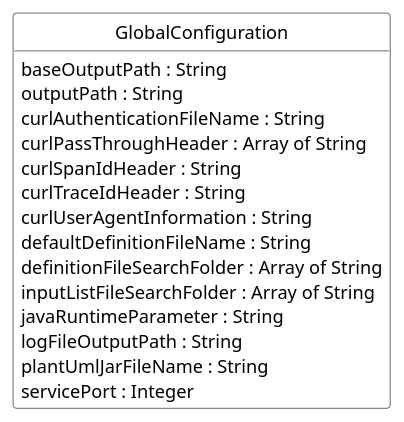
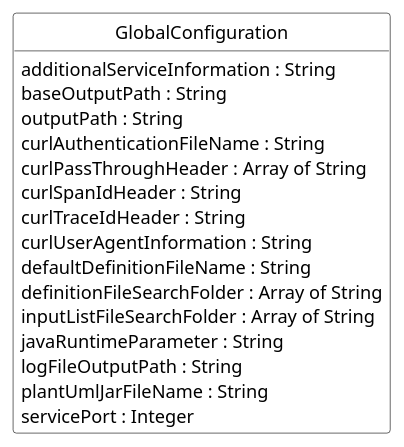
Before and after one commit to jfudickar/json2puml: the diagram in documentation/models/globalconfigurationfile/globalconfigurationfile.puml, drawn with PlantUML. The commit also changed 7 other files, not shown here.

```diff
--- a/documentation/models/globalconfigurationfile/globalconfigurationfile.puml
+++ b/documentation/models/globalconfigurationfile/globalconfigurationfile.puml
@@ -1,31 +1,32 @@
 @startuml
 hide circle
 hide methods
 hide stereotype
 show <<Enumeration>> stereotype
 skinparam class {
    BackgroundColor<<Enumeration>> #E6F5F7
    BackgroundColor<<Ref>> #FFFFE0
    BackgroundColor<<Pivot>> #FFFFFFF
    BackgroundColor #FCF2E3
 }
 
 class GlobalConfiguration <<Pivot>>{
+   additionalServiceInformation : String
    baseOutputPath : String
    outputPath : String
    curlAuthenticationFileName : String
    curlPassThroughHeader : Array of String
    curlSpanIdHeader : String
    curlTraceIdHeader : String
    curlUserAgentInformation : String
    defaultDefinitionFileName : String
    definitionFileSearchFolder : Array of String
    inputListFileSearchFolder : Array of String
    javaRuntimeParameter : String
    logFileOutputPath : String
    plantUmlJarFileName : String
    servicePort : Integer
 }
 
 
 @enduml
```
